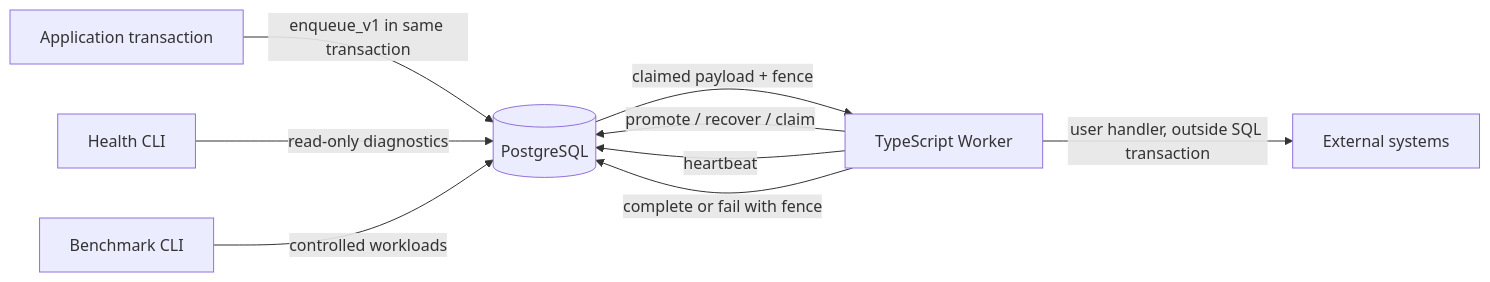
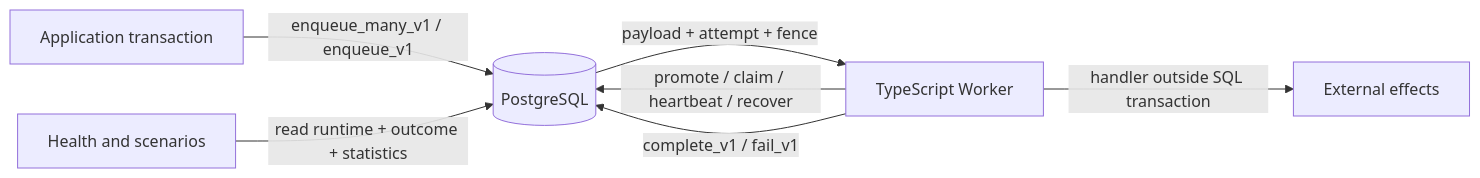
One commit to stablemates/workhorse changed the first of 3 diagrams in docs/architecture.md. Above: the diagram before and after it, drawn with Mermaid. The commit also changed other lines of this file and 7 other files, not shown here.

````diff
--- a/docs/architecture.md
+++ b/docs/architecture.md
@@ -13,11 +18,9 @@
 ```mermaid
 flowchart LR
-  App[Application transaction] -->|enqueue_v1 in same transaction| PG[(PostgreSQL)]
-  Worker[TypeScript Worker] -->|promote / recover / claim| PG
-  PG -->|claimed payload + fence| Worker
-  Worker -->|heartbeat| PG
-  Worker -->|user handler, outside SQL transaction| Effect[External systems]
-  Worker -->|complete or fail with fence| PG
-  Health[Health CLI] -->|read-only diagnostics| PG
-  Bench[Benchmark CLI] -->|controlled workloads| PG
+  App[Application transaction] -->|enqueue_many_v1 / enqueue_v1| PG[(PostgreSQL)]
+  Worker[TypeScript Worker] -->|promote / claim / heartbeat / recover| PG
+  PG -->|payload + attempt + fence| Worker
+  Worker -->|handler outside SQL transaction| Effects[External effects]
+  Worker -->|complete_v1 / fail_v1| PG
+  Health[Health and scenarios] -->|read runtime + outcome + statistics| PG
 ```
````
